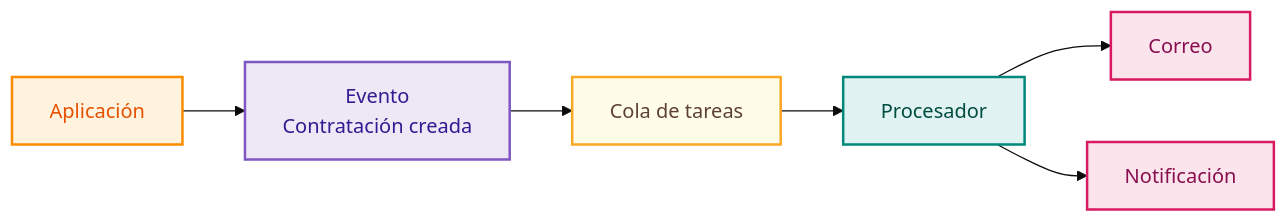
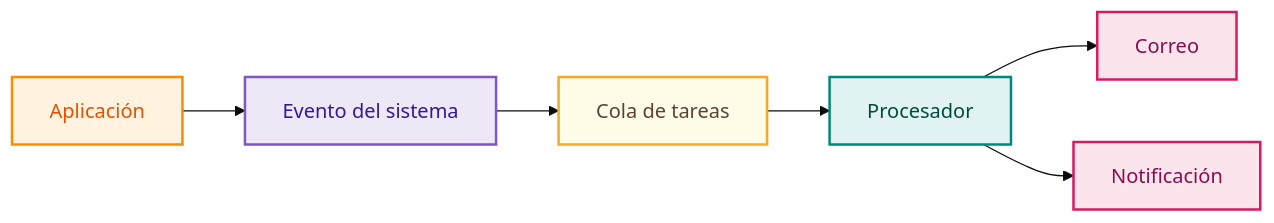
Before and after one commit to Roki-7/PlataformaServicios-Arquitectura-Anderson-Ochoa: the seventh of 7 diagrams in arquitectura/arquitectura-inicial.md, drawn with Mermaid (base theme). The commit also changed other lines of this file, not shown here.

Commit message:
docs: reorganizar arquitectura con diagramas profesionales

````diff
--- a/arquitectura/arquitectura-inicial.md
+++ b/arquitectura/arquitectura-inicial.md
@@ -641,34 +430,28 @@
 ```mermaid
 flowchart LR
 
     APP["Aplicación"]
+    EVT["Evento del sistema"]
+    Q["Cola de tareas"]
+    WK["Procesador"]
+    MAIL["Correo"]
+    NOT["Notificación"]
 
-    EVENT["Evento<br/>Contratación creada"]
-
-    QUEUE["Cola de tareas"]
-
-    WORKER["Procesador"]
-
-    EMAIL["Correo"]
-    NOTIF["Notificación"]
-
-    APP --> EVENT
-    EVENT --> QUEUE
-    QUEUE --> WORKER
-
-    WORKER --> EMAIL
-    WORKER --> NOTIF
-
+    APP --> EVT
+    EVT --> Q
+    Q --> WK
+    WK --> MAIL
+    WK --> NOT
 
     classDef app fill:#FFF3E0,stroke:#FB8C00,color:#E65100,stroke-width:2px;
-    classDef event fill:#EDE7F6,stroke:#7E57C2,color:#311B92,stroke-width:2px;
+    classDef evt fill:#EDE7F6,stroke:#7E57C2,color:#311B92,stroke-width:2px;
     classDef queue fill:#FFFDE7,stroke:#F9A825,color:#5D4037,stroke-width:2px;
     classDef worker fill:#E0F2F1,stroke:#00897B,color:#004D40,stroke-width:2px;
-    classDef external fill:#FCE4EC,stroke:#D81B60,color:#880E4F,stroke-width:2px;
+    classDef ext fill:#FCE4EC,stroke:#D81B60,color:#880E4F,stroke-width:2px;
 
     class APP app;
-    class EVENT event;
-    class QUEUE queue;
-    class WORKER worker;
-    class EMAIL,NOTIF external;
+    class EVT evt;
+    class Q queue;
+    class WK worker;
+    class MAIL,NOT ext;
 ```
````
